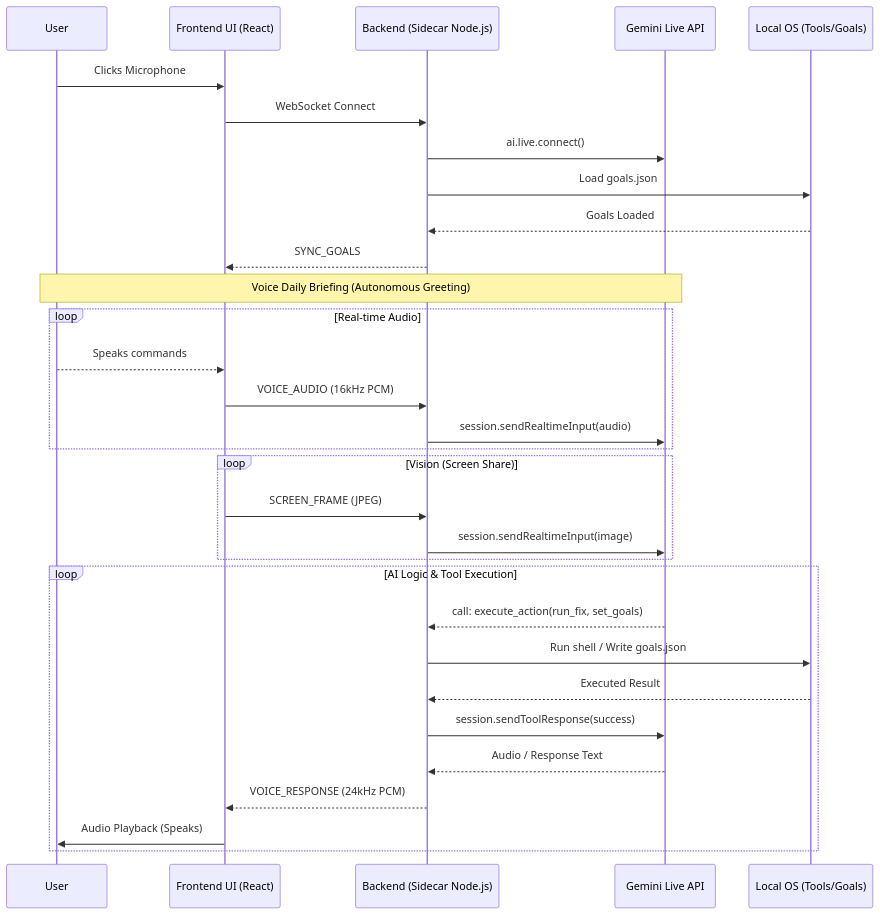
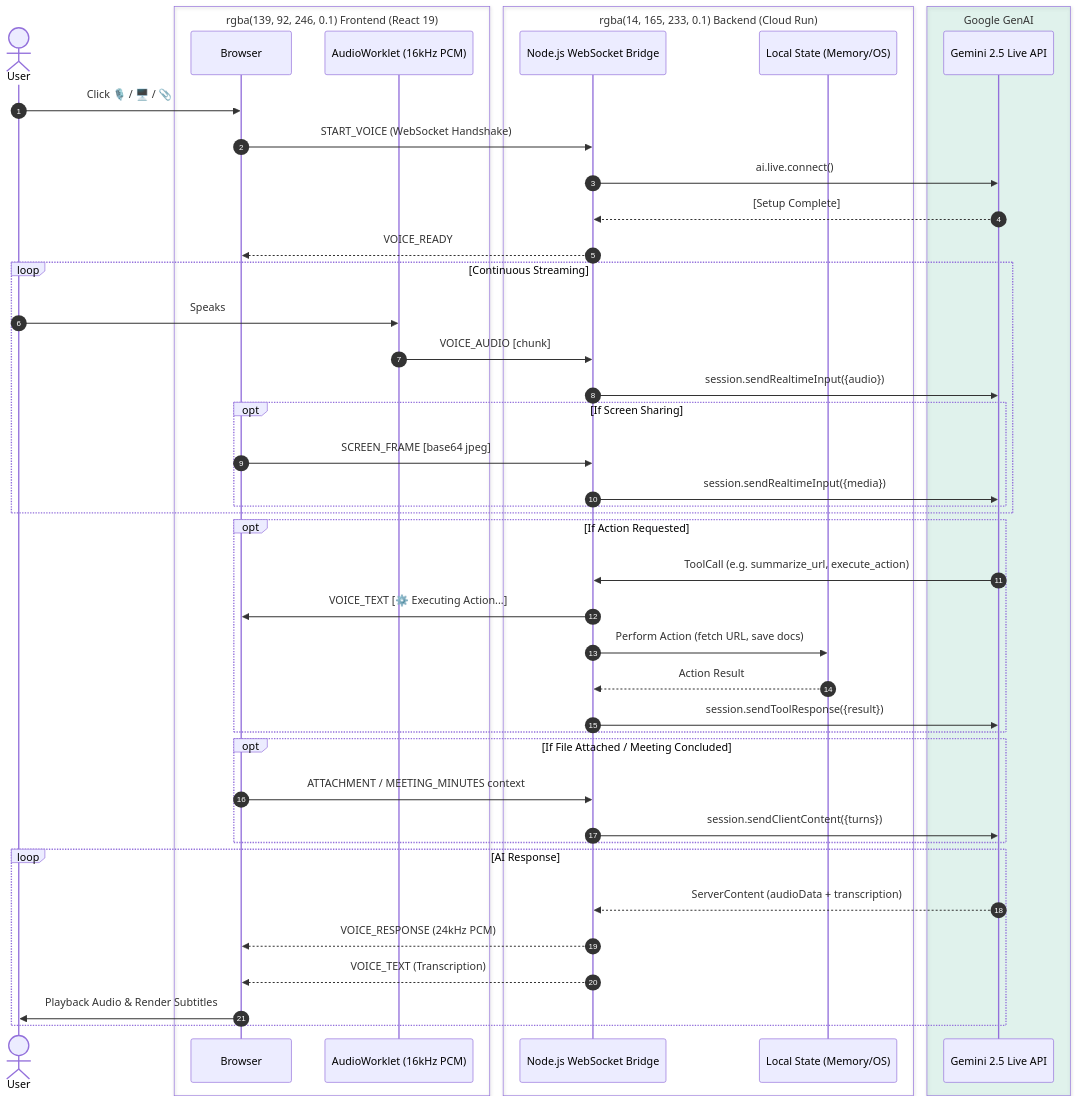
The diagram in architecture.md (umairWali/gemini_live_agent), drawn with Mermaid before and after one commit. The commit also changed other lines of this file and 4 other files, not shown here.

Commit message:
feat/fix: Final Audio Setup, Function Calling, ATTACHMENT, SCREEN_FRAME, Meeting Tools, Session Recording

````diff
--- a/architecture.md
+++ b/architecture.md
@@ -5,39 +11,62 @@
 ```mermaid
 sequenceDiagram
-    participant User
-    participant Frontend UI (React)
-    participant Backend (Sidecar Node.js)
-    participant Gemini Live API
-    participant Local OS (Tools/Goals)
-    
-    User->>Frontend UI (React): Clicks Microphone
-    Frontend UI (React)->>Backend (Sidecar Node.js): WebSocket Connect
-    Backend (Sidecar Node.js)->>Gemini Live API: ai.live.connect()
-    Backend (Sidecar Node.js)->>Local OS (Tools/Goals): Load goals.json
-    Local OS (Tools/Goals)-->>Backend (Sidecar Node.js): Goals Loaded
-    Backend (Sidecar Node.js)-->>Frontend UI (React): SYNC_GOALS
-    
-    Note over User,Gemini Live API: Voice Daily Briefing (Autonomous Greeting)
-    
-    loop Real-time Audio
-        User-->>Frontend UI (React): Speaks commands
-        Frontend UI (React)->>Backend (Sidecar Node.js): VOICE_AUDIO (16kHz PCM)
-        Backend (Sidecar Node.js)->>Gemini Live API: session.sendRealtimeInput(audio)
+    autonumber
+    actor User
+
+    box rgba(139, 92, 246, 0.1) Frontend (React 19)
+    participant Browser
+    participant Worklet as AudioWorklet (16kHz PCM)
     end
-    
-    loop Vision (Screen Share)
-        Frontend UI (React)->>Backend (Sidecar Node.js): SCREEN_FRAME (JPEG)
-        Backend (Sidecar Node.js)->>Gemini Live API: session.sendRealtimeInput(image)
+
+    box rgba(14, 165, 233, 0.1) Backend (Cloud Run)
+    participant Server as Node.js WebSocket Bridge
+    participant Context as Local State (Memory/OS)
     end
-    
-    loop AI Logic & Tool Execution
-        Gemini Live API-->>Backend (Sidecar Node.js): call: execute_action(run_fix, set_goals)
-        Backend (Sidecar Node.js)->>Local OS (Tools/Goals): Run shell / Write goals.json
-        Local OS (Tools/Goals)-->>Backend (Sidecar Node.js): Executed Result
-        Backend (Sidecar Node.js)->>Gemini Live API: session.sendToolResponse(success)
+
+    box rgba(16, 185, 129, 0.1) Google GenAI
+    participant Gemini as Gemini 2.5 Live API
+    end
+
+    %% Session Initialization
+    User->>Browser: Click 🎙️ / 🖥️ / 📎
+    Browser->>Server: START_VOICE (WebSocket Handshake)
+    Server->>Gemini: ai.live.connect()
+    Gemini-->>Server: [Setup Complete]
+    Server-->>Browser: VOICE_READY
+
+    %% Continuous Bi-Directional Streaming
+    loop Continuous Streaming
+        User->>Worklet: Speaks
+        Worklet->>Server: VOICE_AUDIO [chunk]
+        Server->>Gemini: session.sendRealtimeInput({audio})
         
-        Gemini Live API-->>Backend (Sidecar Node.js): Audio / Response Text
-        Backend (Sidecar Node.js)-->>Frontend UI (React): VOICE_RESPONSE (24kHz PCM)
-        Frontend UI (React)->>User: Audio Playback (Speaks)
+        opt If Screen Sharing
+            Browser->>Server: SCREEN_FRAME [base64 jpeg]
+            Server->>Gemini: session.sendRealtimeInput({media})
+        end
     end
+
+    %% Autonomous Tool Calling (Live Function Calling)
+    opt If Action Requested
+        Gemini->>Server: ToolCall (e.g. summarize_url, execute_action)
+        Server->>Browser: VOICE_TEXT [⚙️ Executing Action...]
+        Server->>Context: Perform Action (fetch URL, save docs)
+        Context-->>Server: Action Result
+        Server->>Gemini: session.sendToolResponse({result})
+    end
+
+    %% File Attachments & Meeting Minutes
+    opt If File Attached / Meeting Concluded
+        Browser->>Server: ATTACHMENT / MEETING_MINUTES context
+        Server->>Gemini: session.sendClientContent({turns})
+    end
+
+    %% AI Response Generation
+    loop AI Response
+        Gemini-->>Server: ServerContent (audioData + transcription)
+        Server-->>Browser: VOICE_RESPONSE (24kHz PCM)
+        Server-->>Browser: VOICE_TEXT (Transcription)
+        Browser->>User: Playback Audio & Render Subtitles
+    end
+
 ```
````
